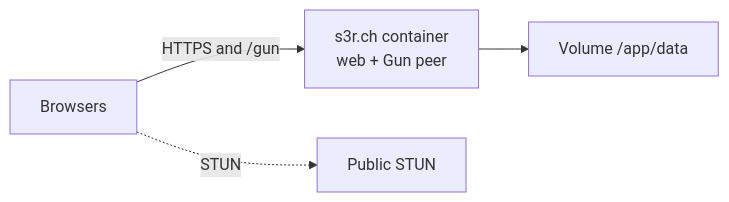
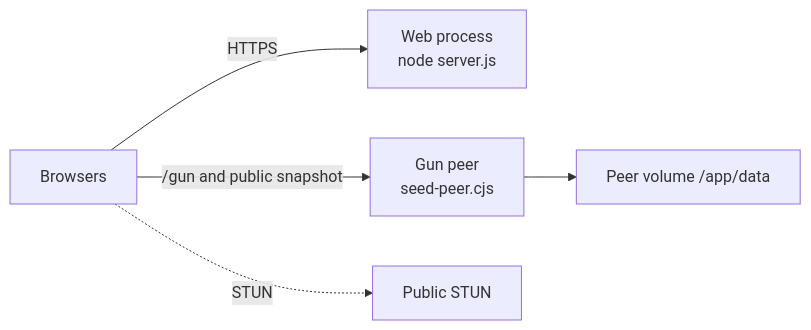
One commit to FyberLabs/s3r.ch changed the first of 3 diagrams in docs/deployment.md. Above: the diagram before and after it, drawn with Mermaid. The commit also changed other lines of this file and 7 other files, not shown here.

````diff
--- a/docs/deployment.md
+++ b/docs/deployment.md
@@ -35,9 +42,11 @@
 ```mermaid
 flowchart LR
   browser[Browsers]
-  app["s3r.ch container<br/>web + Gun peer"]
-  disk["Volume /app/data"]
-  browser -->|"HTTPS and /gun"| app
-  app --> disk
-  browser -.->|"STUN"| stun[Public STUN]
+  web["Web process<br/>node server.js"]
+  peer["Gun peer<br/>seed-peer.cjs"]
+  disk["Peer volume /app/data"]
+  browser -->|HTTPS| web
+  browser -->|"/gun and public snapshot"| peer
+  peer --> disk
+  browser -.->|STUN| stun[Public STUN]
 ```
````
